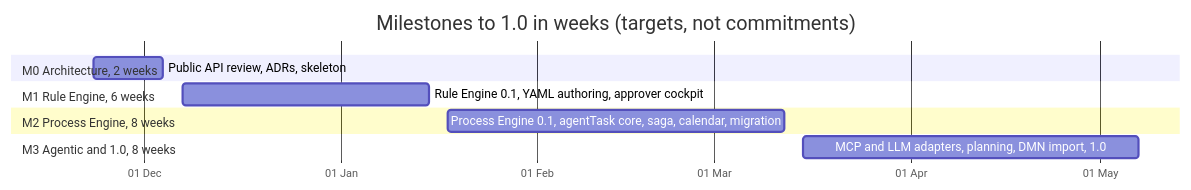
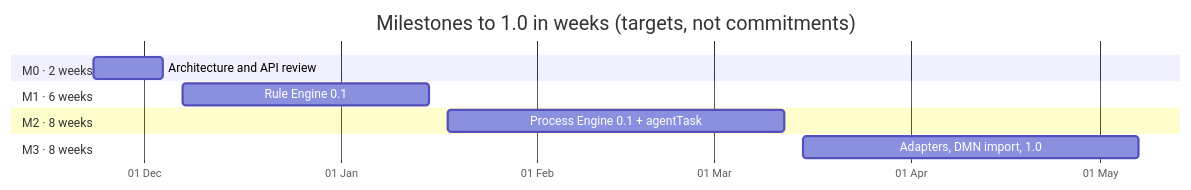
The diagram in wiki/diagrams/roadmap-timeline.mmd (dhluong90/horus-Agentic-BPM), drawn with Mermaid before and after one commit. The commit also changed 1 other file, not shown here.

Commit message:
docs: readable roadmap timeline labels

```diff
--- a/wiki/diagrams/roadmap-timeline.mmd
+++ b/wiki/diagrams/roadmap-timeline.mmd
@@ -1,12 +1,12 @@
 gantt
   dateFormat YYYY-MM-DD
   axisFormat %d %b
   title Milestones to 1.0 in weeks (targets, not commitments)
-  section M0 Architecture, 2 weeks
-  Public API review, ADRs, skeleton            :m0, 2026-11-23, 2026-12-04
-  section M1 Rule Engine, 6 weeks
-  Rule Engine 0.1, YAML authoring, approver cockpit :m1, 2026-12-07, 2027-01-15
-  section M2 Process Engine, 8 weeks
-  Process Engine 0.1, agentTask core, saga, calendar, migration :m2, 2027-01-18, 2027-03-12
-  section M3 Agentic and 1.0, 8 weeks
-  MCP and LLM adapters, planning, DMN import, 1.0 :m3, 2027-03-15, 2027-05-07
+  section M0 · 2 weeks
+  Architecture and API review     :m0, 2026-11-23, 2026-12-04
+  section M1 · 6 weeks
+  Rule Engine 0.1                 :m1, 2026-12-07, 2027-01-15
+  section M2 · 8 weeks
+  Process Engine 0.1 + agentTask  :m2, 2027-01-18, 2027-03-12
+  section M3 · 8 weeks
+  Adapters, DMN import, 1.0       :m3, 2027-03-15, 2027-05-07
```
